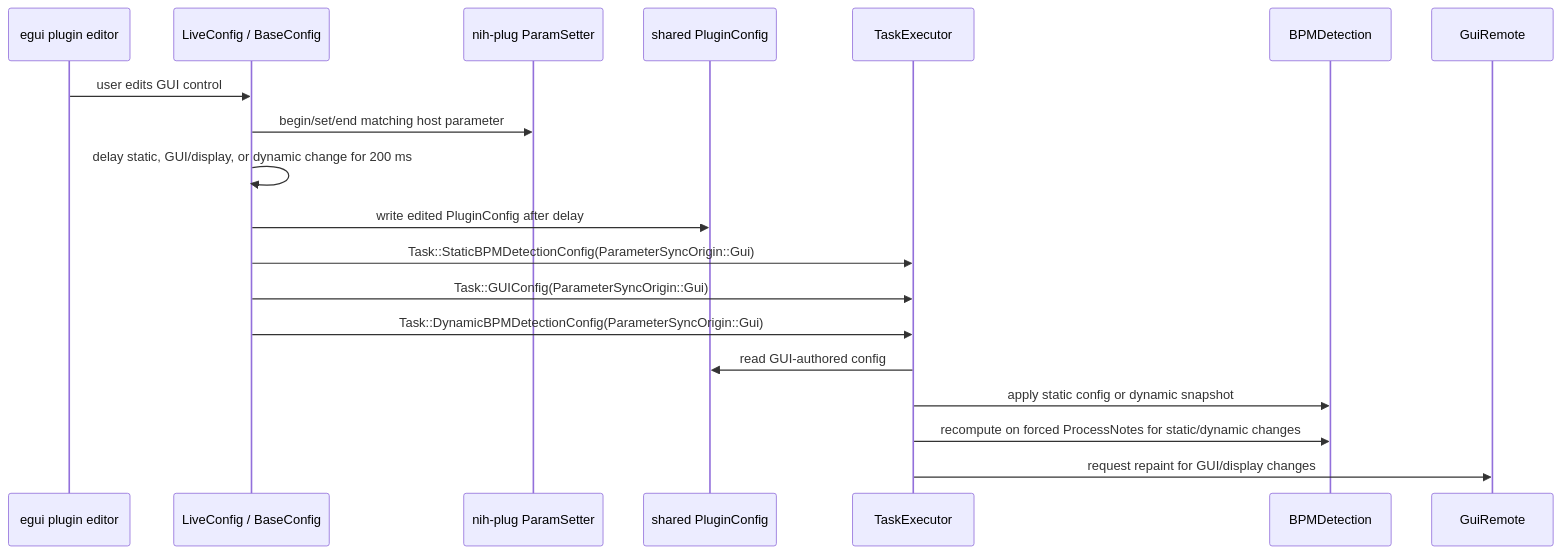
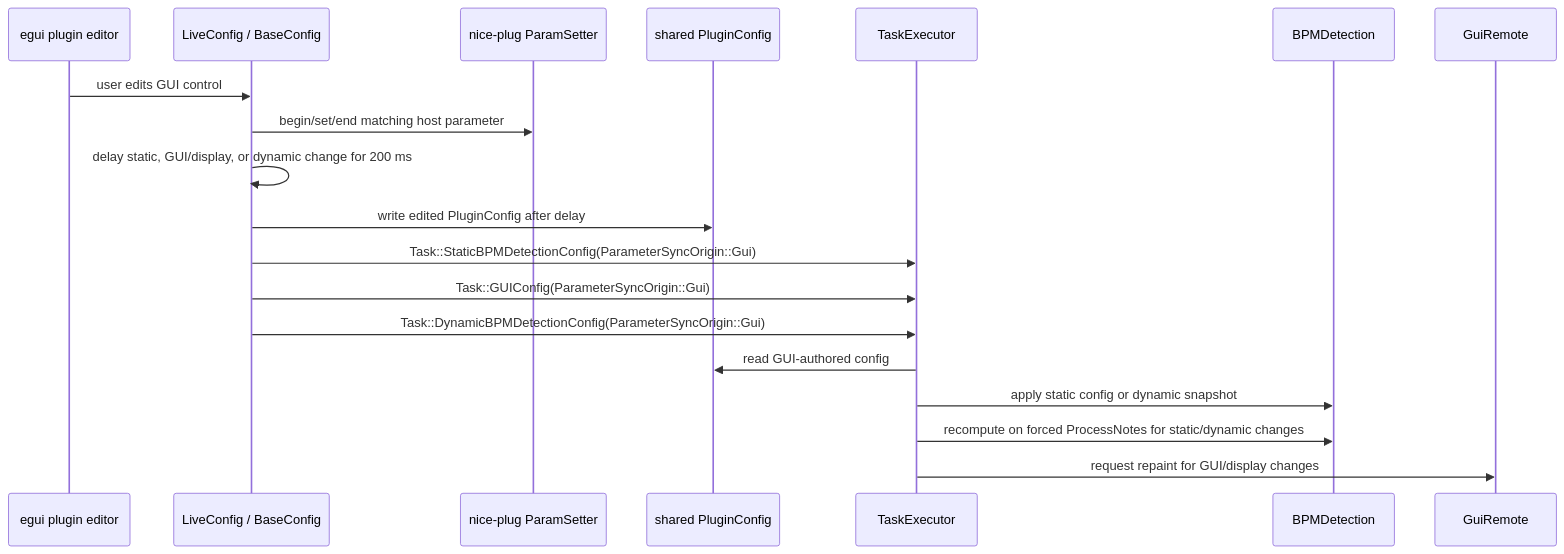
The sixth of 11 diagrams in docs/runtime-lifecycle.md (valsteen/midi_bpm_detection), drawn with Mermaid before and after one commit. The commit also changed other lines of this file and 98 other files, not shown here.

Commit message:
refactor: rename nice-plug parameter adapters

````diff
--- a/docs/runtime-lifecycle.md
+++ b/docs/runtime-lifecycle.md
@@ -232,22 +232,22 @@
 ```mermaid
 sequenceDiagram
     participant Editor as egui plugin editor
     participant Live as LiveConfig / BaseConfig
-    participant Setter as nih-plug ParamSetter
+    participant Setter as nice-plug ParamSetter
     participant Config as shared PluginConfig
     participant Exec as TaskExecutor
     participant Model as BPMDetection
     participant GuiRemote as GuiRemote
 
     Editor->>Live: user edits GUI control
     Live->>Setter: begin/set/end matching host parameter
     Live->>Live: delay static, GUI/display, or dynamic change for 200 ms
     Live->>Config: write edited PluginConfig after delay
     Live->>Exec: Task::StaticBPMDetectionConfig(ParameterSyncOrigin::Gui)
     Live->>Exec: Task::GUIConfig(ParameterSyncOrigin::Gui)
     Live->>Exec: Task::DynamicBPMDetectionConfig(ParameterSyncOrigin::Gui)
     Exec->>Config: read GUI-authored config
     Exec->>Model: apply static config or dynamic snapshot
     Exec->>Model: recompute on forced ProcessNotes for static/dynamic changes
     Exec->>GuiRemote: request repaint for GUI/display changes
 ```
````
